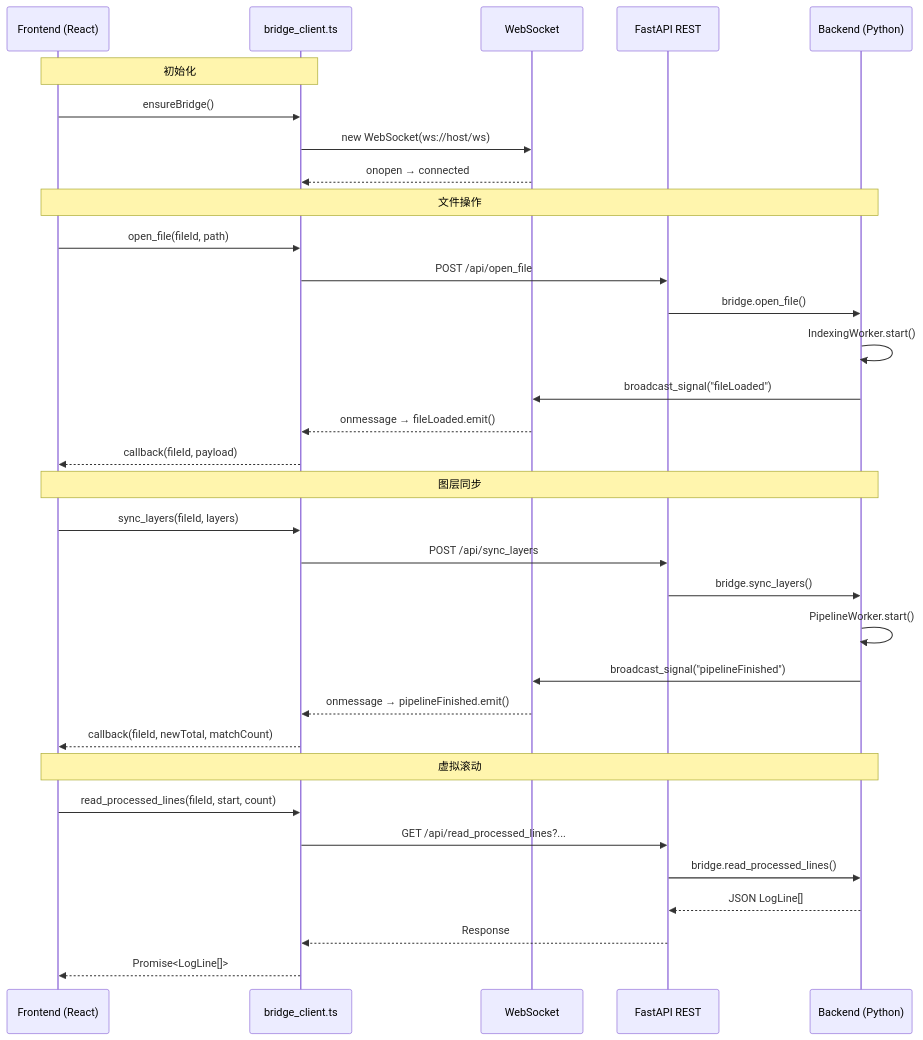
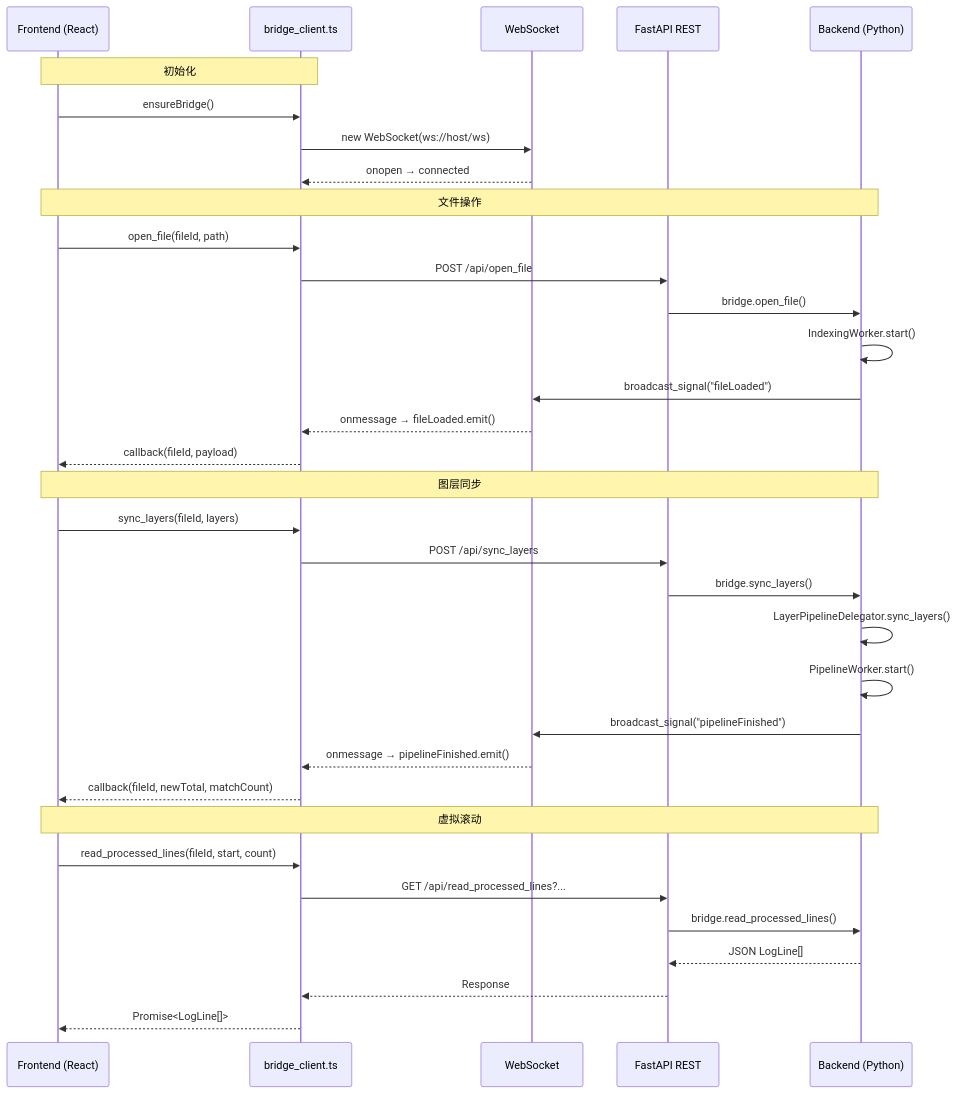
One commit to qmjianda/loglayer changed diagram 12 of 25 in megatron_mermaid.md. Above: the diagram before and after it, drawn with Mermaid. The commit also changed other lines of this file, not shown here.

First line of the commit message:
docs: update architecture diagram for OOP refactoring

````diff
--- a/megatron_mermaid.md
+++ b/megatron_mermaid.md
@@ -622,39 +716,40 @@
 ```mermaid
 sequenceDiagram
     participant FE as Frontend (React)
     participant BC as bridge_client.ts
     participant WS as WebSocket
     participant API as FastAPI REST
     participant BE as Backend (Python)
     
     Note over FE,BC: 初始化
     FE->>BC: ensureBridge()
     BC->>WS: new WebSocket(ws://host/ws)
     WS-->>BC: onopen → connected
     
     Note over FE,BE: 文件操作
     FE->>BC: open_file(fileId, path)
     BC->>API: POST /api/open_file
     API->>BE: bridge.open_file()
     BE->>BE: IndexingWorker.start()
     BE->>WS: broadcast_signal("fileLoaded")
     WS-->>BC: onmessage → fileLoaded.emit()
     BC-->>FE: callback(fileId, payload)
     
     Note over FE,BE: 图层同步
     FE->>BC: sync_layers(fileId, layers)
     BC->>API: POST /api/sync_layers
     API->>BE: bridge.sync_layers()
+    BE->>BE: LayerPipelineDelegator.sync_layers()
     BE->>BE: PipelineWorker.start()
     BE->>WS: broadcast_signal("pipelineFinished")
     WS-->>BC: onmessage → pipelineFinished.emit()
     BC-->>FE: callback(fileId, newTotal, matchCount)
     
     Note over FE,BE: 虚拟滚动
     FE->>BC: read_processed_lines(fileId, start, count)
     BC->>API: GET /api/read_processed_lines?...
     API->>BE: bridge.read_processed_lines()
     BE-->>API: JSON LogLine[]
     API-->>BC: Response
     BC-->>FE: Promise<LogLine[]>
 ```
````
